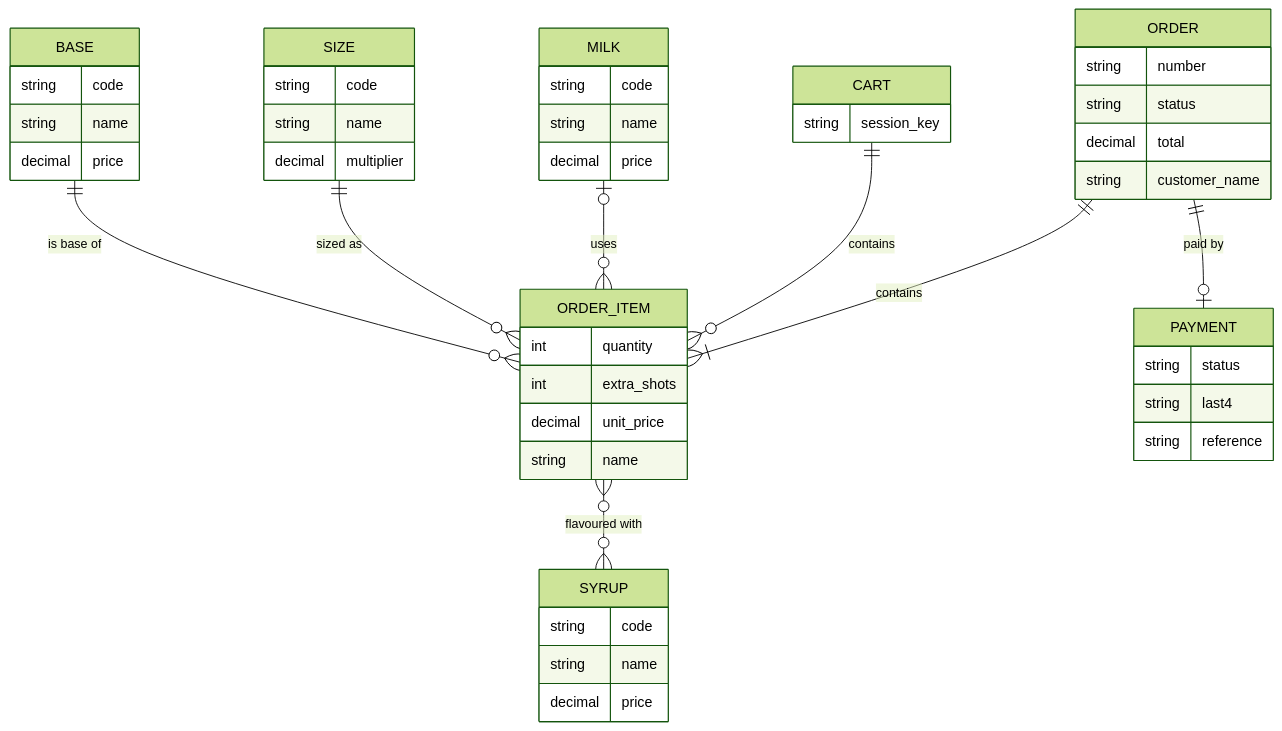
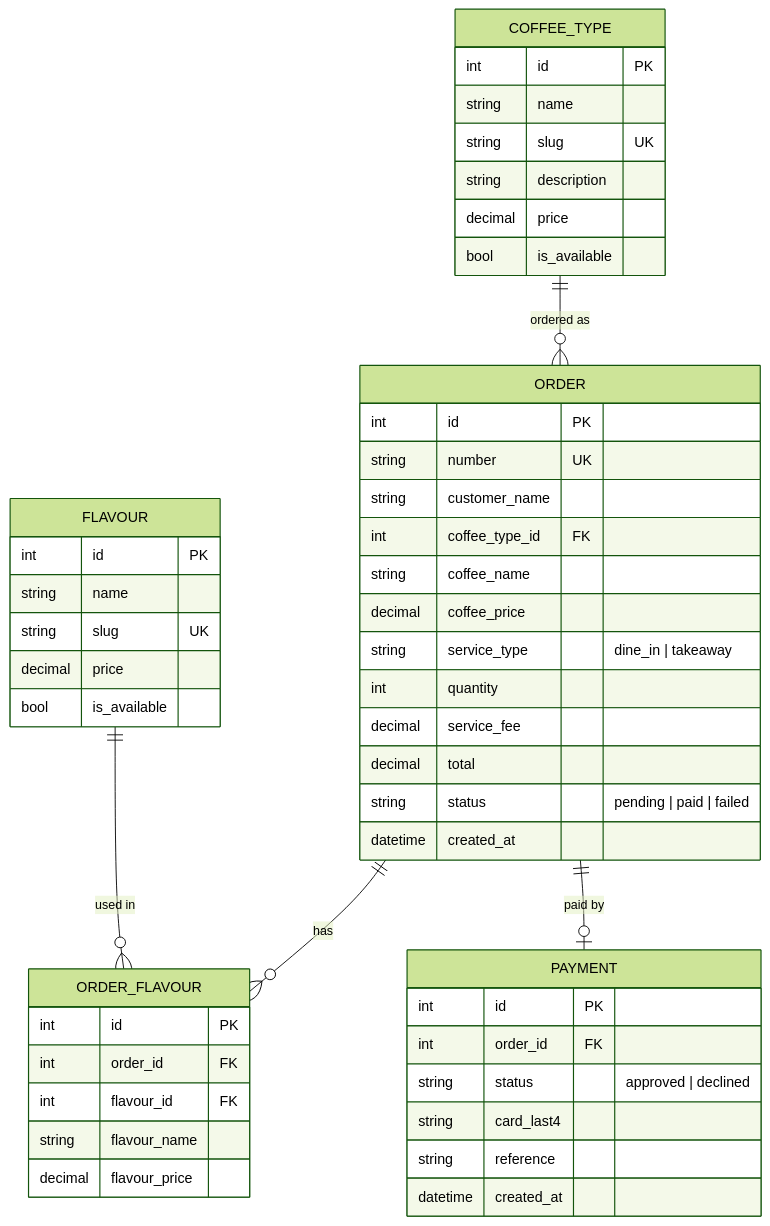
The third of 4 diagrams in docs/ARCHITECTURE.md (marwaelrayes123/morning-cafe), drawn with Mermaid (forest theme) before and after one commit. The commit also changed other lines of this file, not shown here.

First line of the commit message:
docs: revise design to home → menu → customize → pay → thank-you flow

````diff
--- a/docs/ARCHITECTURE.md
+++ b/docs/ARCHITECTURE.md
@@ -89,19 +135,52 @@
 ```mermaid
 erDiagram
-    BASE ||--o{ ORDER_ITEM : "is base of"
-    SIZE ||--o{ ORDER_ITEM : "sized as"
-    MILK |o--o{ ORDER_ITEM : "uses"
-    ORDER_ITEM }o--o{ SYRUP : "flavoured with"
-    CART ||--o{ ORDER_ITEM : "contains"
-    ORDER ||--|{ ORDER_ITEM : "contains"
+    COFFEE_TYPE ||--o{ ORDER : "ordered as"
+    ORDER ||--o{ ORDER_FLAVOUR : "has"
+    FLAVOUR ||--o{ ORDER_FLAVOUR : "used in"
     ORDER ||--o| PAYMENT : "paid by"
 
-    BASE { string code  string name  decimal price }
-    SIZE { string code  string name  decimal multiplier }
-    MILK { string code  string name  decimal price }
-    SYRUP { string code  string name  decimal price }
-    ORDER_ITEM { int quantity  int extra_shots  decimal unit_price  string name }
-    CART { string session_key }
-    ORDER { string number  string status  decimal total  string customer_name }
-    PAYMENT { string status  string last4  string reference }
+    COFFEE_TYPE {
+        int id PK
+        string name
+        string slug UK
+        string description
+        decimal price
+        bool is_available
+    }
+    FLAVOUR {
+        int id PK
+        string name
+        string slug UK
+        decimal price
+        bool is_available
+    }
+    ORDER {
+        int id PK
+        string number UK
+        string customer_name
+        int coffee_type_id FK
+        string coffee_name
+        decimal coffee_price
+        string service_type "dine_in | takeaway"
+        int quantity
+        decimal service_fee
+        decimal total
+        string status "pending | paid | failed"
+        datetime created_at
+    }
+    ORDER_FLAVOUR {
+        int id PK
+        int order_id FK
+        int flavour_id FK
+        string flavour_name
+        decimal flavour_price
+    }
+    PAYMENT {
+        int id PK
+        int order_id FK
+        string status "approved | declined"
+        string card_last4
+        string reference
+        datetime created_at
+    }
 ```
````
